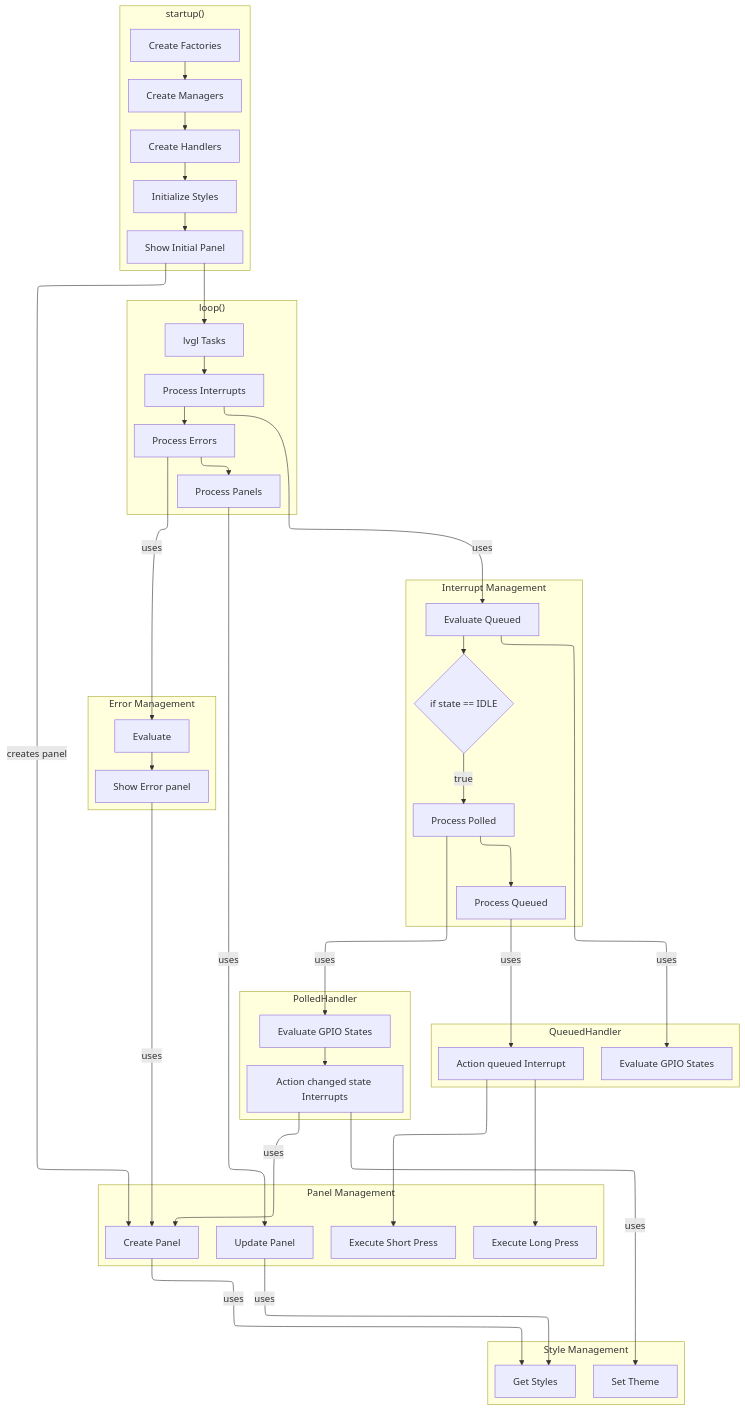
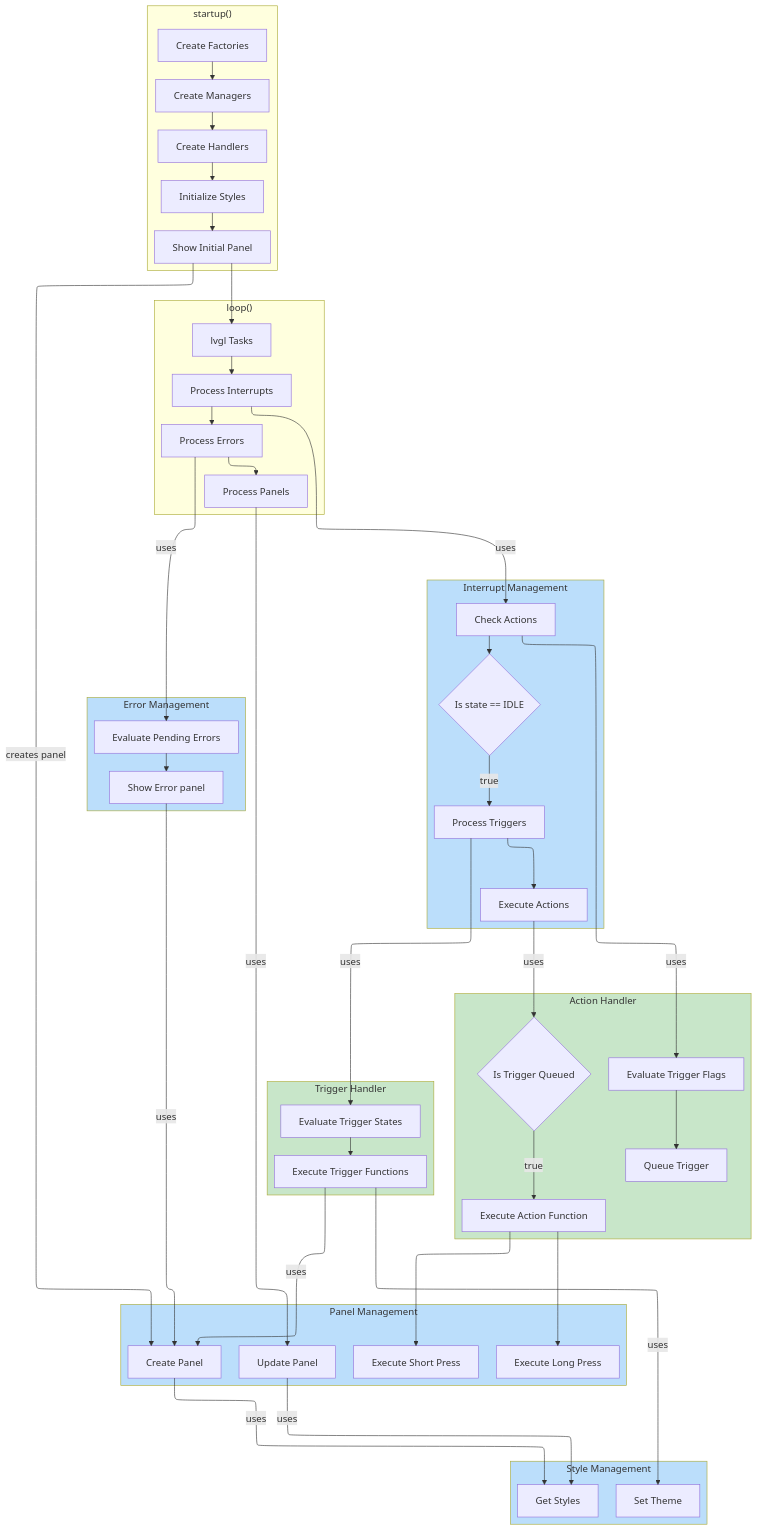
One commit to marcelrienks/Clarity changed the diagram in docs/diagrams/application-flow.md. Above: the diagram before and after it, drawn with Mermaid. The commit also changed other lines of this file and 5 other files, not shown here.

````diff
--- a/docs/diagrams/application-flow.md
+++ b/docs/diagrams/application-flow.md
@@ -47,22 +47,24 @@
         n5["Show Initial Panel"]
   end
  subgraph s3["Interrupt Management"]
-        n11["Evaluate Queued<br>"]
-        n14["if state == IDLE"]
-        n15["Process Polled<br>"]
-        n16["Process Queued<br>"]
+        n11["Check Actions<br>"]
+        n14["Is state == IDLE"]
+        n15["Process Triggers<br>"]
+        n16["Execute Actions<br>"]
   end
  subgraph s4["Error Management"]
-        n12["Evaluate"]
+        n12["Evaluate Pending Errors"]
         n13["Show Error panel"]
   end
- subgraph s5["QueuedHandler"]
-        n18["Evaluate GPIO States"]
-        n20["Action queued Interrupt"]
+ subgraph s5["Action Handler"]
+        n18["Evaluate Trigger Flags"]
+        n20["Execute Action Function"]
+        n26["Queue Trigger"]
+        n27["Is Trigger Queued"]
   end
- subgraph s6["PolledHandler"]
-        n19["Evaluate GPIO States"]
-        n23["Action changed state Interrupts"]
+ subgraph s6["Trigger Handler"]
+        n19["Evaluate Trigger States"]
+        n23["Execute Trigger Functions"]
   end
  subgraph s7["Style Management"]
         n24["Set Theme"]
@@ -86,13 +88,15 @@
     n8 --> n17
     n12 --> n13
     n11 -- uses --> n18
-    n16 -- uses --> n20
     n19 --> n23
     n20 --> n22 & n21
     n23 -- uses --> n24 & PanelUpdates
     PanelUpdates -- uses --> n25
     n10 -- uses --> n25
     factory1 --> n2
+    n18 --> n26
+    n16 -- uses --> n27
+    n27 -- true --> n20
     n10@{ shape: rect}
     n21@{ shape: proc}
     n22@{ shape: proc}
@@ -106,6 +110,7 @@
     n14@{ shape: diam}
     n12@{ shape: rect}
     n20@{ shape: rect}
+    n27@{ shape: diam}
     classDef startup fill:#fff2cc,stroke:#d6b656,stroke-width:2px
     classDef interrupt fill:#fff2cc,stroke:#d6b656,stroke-width:2px  
     classDef mainloop fill:#d5e8d4,stroke:#82b366,stroke-width:2px
@@ -113,4 +118,10 @@
     classDef button fill:#ffe6cc,stroke:#d79b00,stroke-width:2px
     classDef effects fill:#e1d5e7,stroke:#9673a6,stroke-width:2px
     classDef decision fill:#fff2cc,stroke:#d6b656,stroke-width:3px
+    style s3 fill:#BBDEFB
+    style s4 fill:#BBDEFB
+    style PanelManagement fill:#BBDEFB
+    style s5 fill:#C8E6C9
+    style s6 fill:#C8E6C9
+    style s7 fill:#BBDEFB
 ```
````
